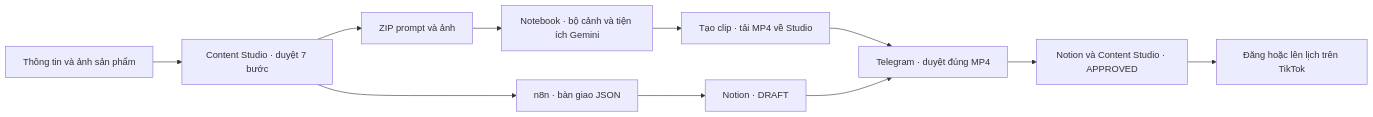
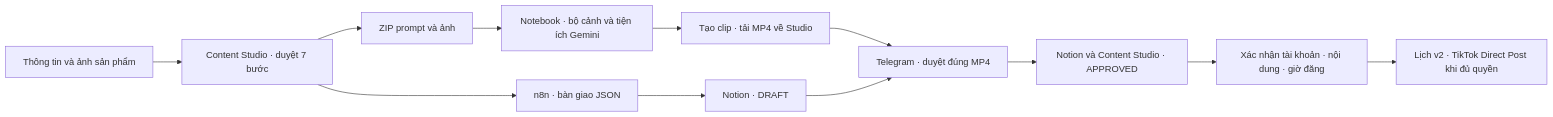
Before and after one commit to QuanPhan78/AI-Tiktok: the diagram in README.md, drawn with Mermaid. The commit also changed other lines of this file and 41 other files, not shown here.

Commit message:
feat: integrate account-bound TikTok review and scheduling

````diff
--- a/README.md
+++ b/README.md
@@ -7,13 +9,14 @@
 ```mermaid
 flowchart LR
     I["Thông tin và ảnh sản phẩm"] --> C["Content Studio · duyệt 7 bước"]
     C --> Z["ZIP prompt và ảnh"]
     Z --> G["Notebook · bộ cảnh và tiện ích Gemini"]
     G --> M["Tạo clip · tải MP4 về Studio"]
     C --> N["n8n · bàn giao JSON"]
     N --> D["Notion · DRAFT"]
     M --> T["Telegram · duyệt đúng MP4"]
     D --> T
     T --> A["Notion và Content Studio · APPROVED"]
-    A --> P["Đăng hoặc lên lịch trên TikTok"]
+    A --> P["Xác nhận tài khoản · nội dung · giờ đăng"]
+    P --> Q["Lịch v2 · TikTok Direct Post khi đủ quyền"]
 ```
````
